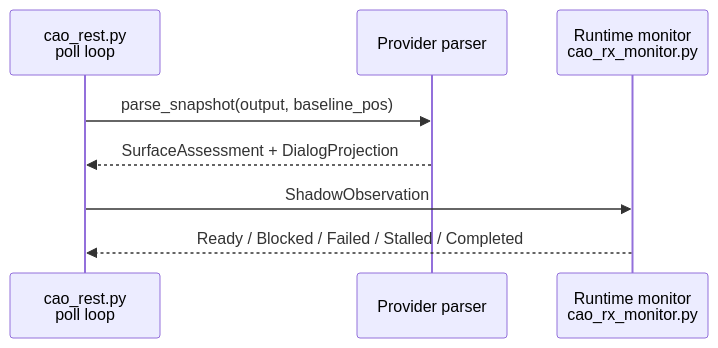
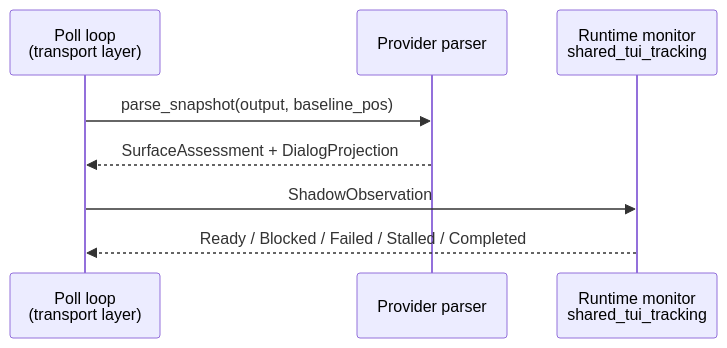
The first of 3 diagrams in docs/developer/tui-parsing/runtime-lifecycle.md (igamenovoer/houmao), drawn with Mermaid before and after one commit. The commit also changed other lines of this file and 74 other files, not shown here.

````diff
--- a/docs/developer/tui-parsing/runtime-lifecycle.md
+++ b/docs/developer/tui-parsing/runtime-lifecycle.md
@@ -12,11 +12,11 @@
 ```mermaid
 sequenceDiagram
-    participant Poll as cao_rest.py<br/>poll loop
+    participant Poll as Poll loop<br/>(transport layer)
     participant Parser as Provider parser
-    participant RM as Runtime monitor<br/>cao_rx_monitor.py
+    participant RM as Runtime monitor<br/>shared_tui_tracking
 
     Poll->>Parser: parse_snapshot(output, baseline_pos)
     Parser-->>Poll: SurfaceAssessment + DialogProjection
     Poll->>RM: ShadowObservation
     RM-->>Poll: Ready / Blocked / Failed / Stalled / Completed
 ```
````
